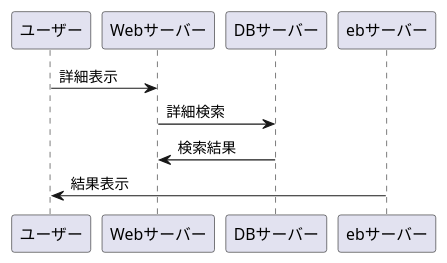
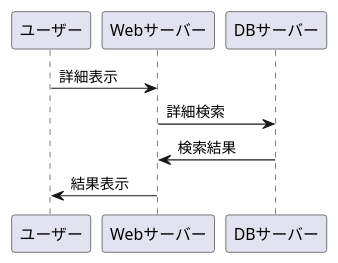
One commit to Aso2001409/2021sys-design changed the diagram in sample.md. Above: the diagram before and after it, drawn with PlantUML.

````diff
--- a/sample.md
+++ b/sample.md
@@ -1,8 +1,8 @@
 ```uml
 @startuml
 ユーザー -> Webサーバー :詳細表示
 Webサーバー -> DBサーバー :詳細検索
 DBサーバー -> Webサーバー :検索結果
-ebサーバー -> ユーザー :結果表示
+Webサーバー -> ユーザー :結果表示
 @enduml
 ```
````
